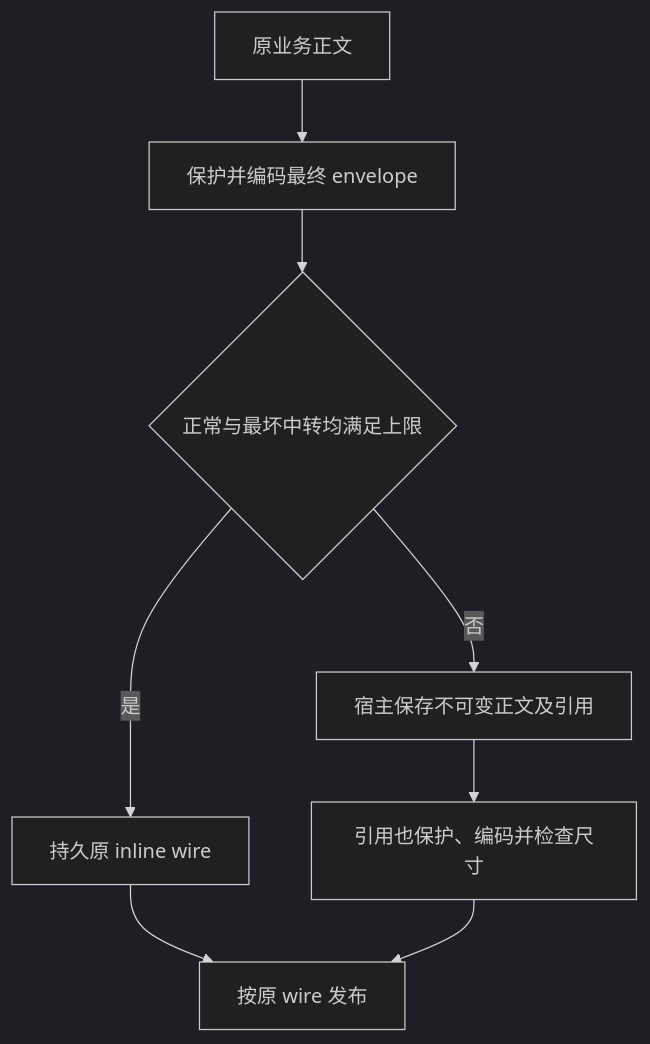
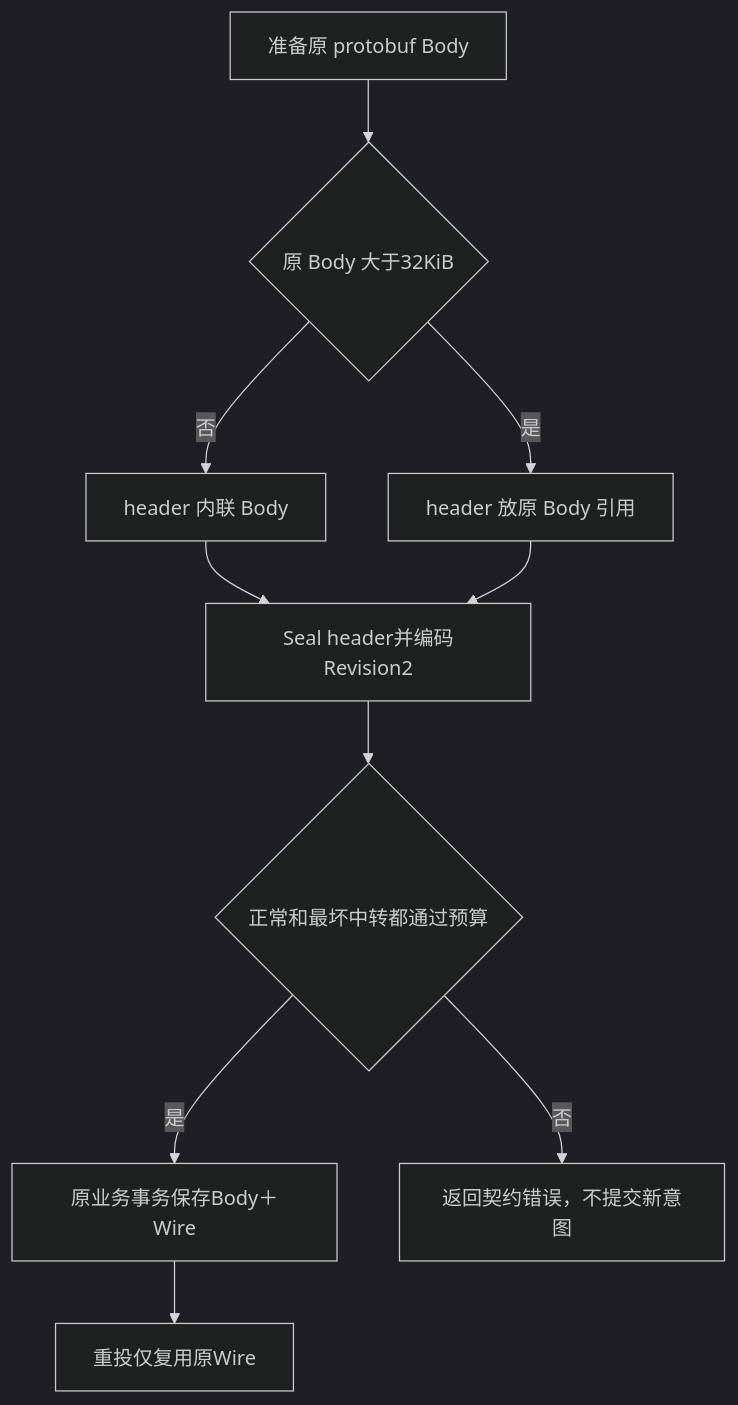
The second of 2 diagrams in docs/01-核心设计/安全与大消息.md (FangcunMount/reliable-messaging), drawn with Mermaid (dark theme) before and after one commit. The commit also changed other lines of this file, not shown here.

Commit message:
docs: explain authenticated routes immutable wire and large payload references

````diff
--- a/docs/01-核心设计/安全与大消息.md
+++ b/docs/01-核心设计/安全与大消息.md
@@ -43,10 +103,12 @@
 ```mermaid
 flowchart TD
-  Body[原业务正文] --> Encode[保护并编码最终 envelope]
-  Encode --> Fits{正常与最坏中转均满足上限}
-  Fits -->|是| Inline[持久原 inline wire]
-  Fits -->|否| Reference[宿主保存不可变正文及引用]
-  Reference --> RefWire[引用也保护、编码并检查尺寸]
-  Inline --> PUB[按原 wire 发布]
-  RefWire --> PUB
+  Body[准备原 protobuf Body] --> Size{原 Body 大于32KiB}
+  Size -->|否| Inline[header 内联 Body]
+  Size -->|是| Ref[header 放原 Body 引用]
+  Inline --> Seal[Seal header并编码Revision2]
+  Ref --> Seal
+  Seal --> Fits{正常和最坏中转都通过预算}
+  Fits -->|是| Tx[原业务事务保存Body＋Wire]
+  Fits -->|否| Reject[返回契约错误，不提交新意图]
+  Tx --> PUB[重投仅复用原Wire]
 ```
````
